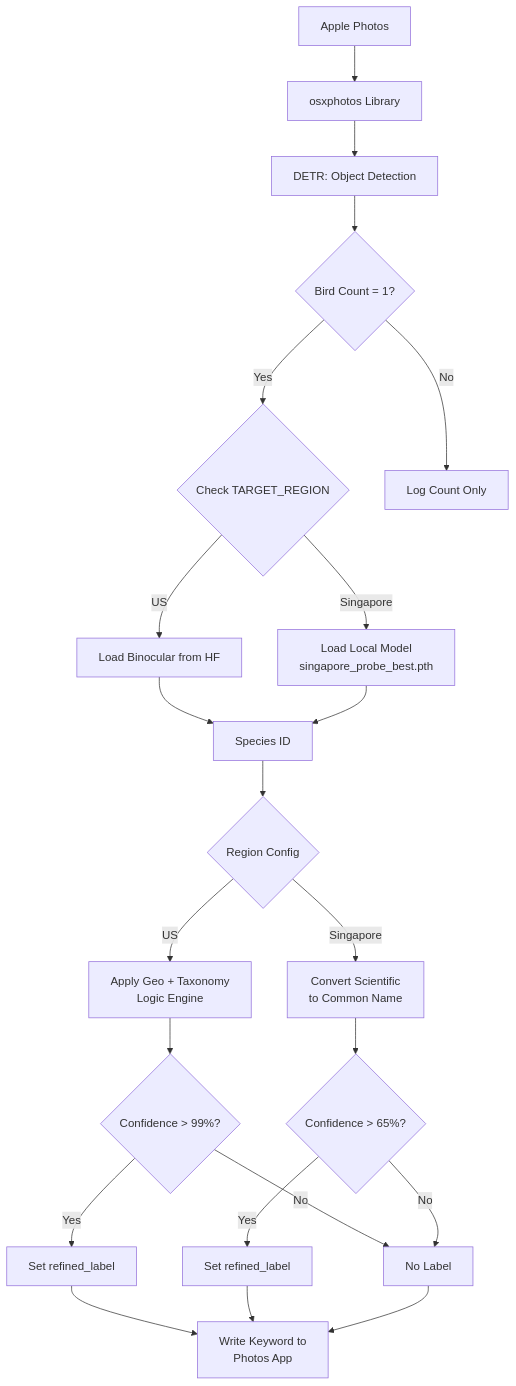
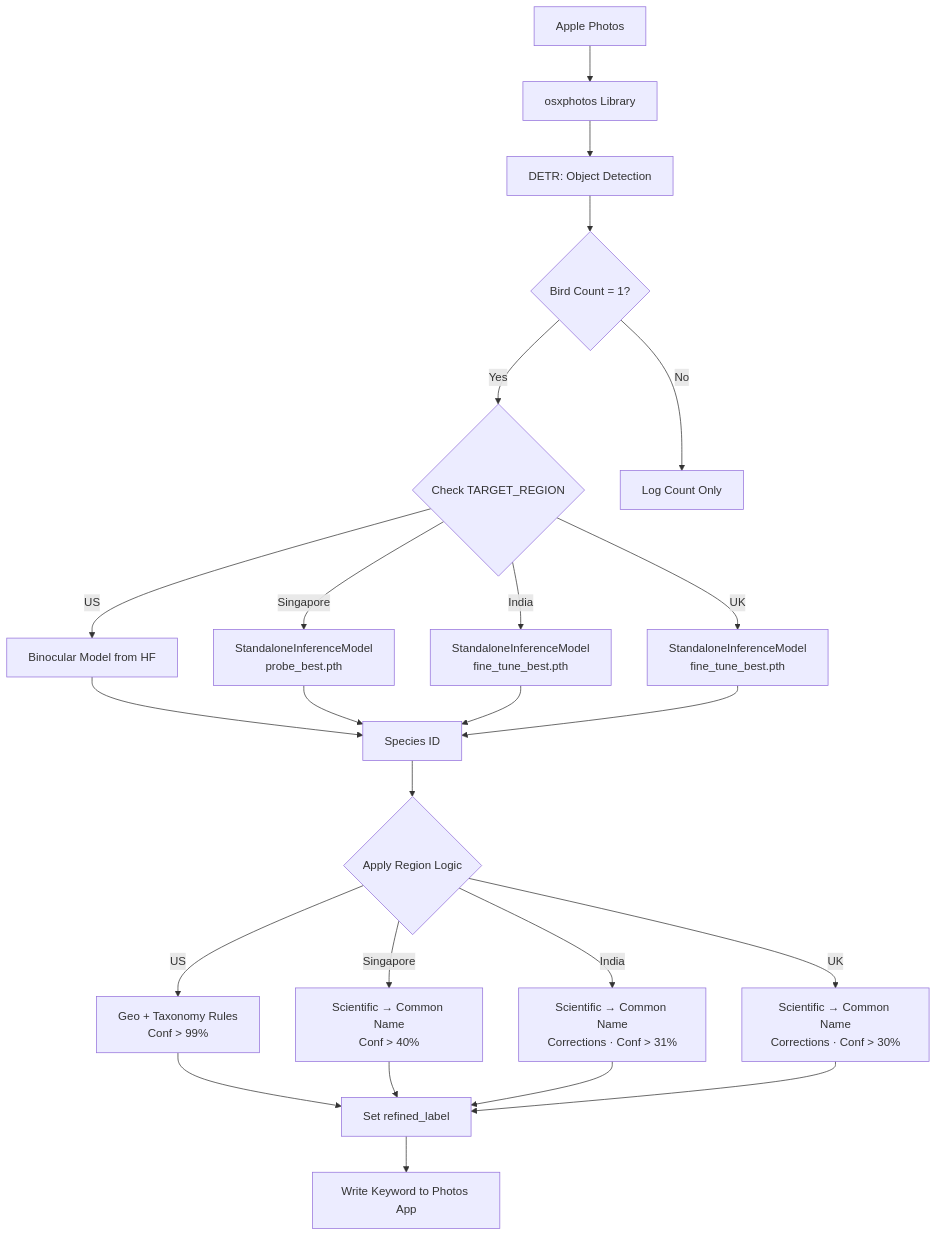
The diagram in README.md (subashini7/bird-intelligence), drawn with Mermaid before and after one commit. The commit also changed other lines of this file, not shown here.

````diff
--- a/README.md
+++ b/README.md
@@ -37,24 +68,26 @@
 ```mermaid
 graph TD
     A[Apple Photos] --> B[osxphotos Library]
     B --> C[DETR: Object Detection]
     C --> D{Bird Count = 1?}
     D -- Yes --> E{Check TARGET_REGION}
     D -- No --> I[Log Count Only]
-    E -- US --> F1[Load Binocular from HF]
-    E -- Singapore --> F2[Load Local Model<br/>singapore_probe_best.pth]
-    F1 --> G1[Species ID]
-    F2 --> G1
-    G1 --> H{Region Config}
-    H -- US --> J1[Apply Geo + Taxonomy<br/>Logic Engine]
-    H -- Singapore --> J2[Convert Scientific<br/>to Common Name]
-    J1 --> K1{Confidence > 99%?}
-    J2 --> K2{Confidence > 65%?}
-    K1 -- Yes --> L1[Set refined_label]
-    K2 -- Yes --> L2[Set refined_label]
-    K1 -- No --> L3[No Label]
-    K2 -- No --> L3
-    L1 --> M[Write Keyword to<br/>Photos App]
-    L2 --> M
-    L3 --> M
+    E -- US --> F1[Binocular Model from HF]
+    E -- Singapore --> F2[StandaloneInferenceModel<br/>probe_best.pth]
+    E -- India --> F3[StandaloneInferenceModel<br/>fine_tune_best.pth]
+    E -- UK --> F4[StandaloneInferenceModel<br/>fine_tune_best.pth]
+    F1 --> G[Species ID]
+    F2 --> G
+    F3 --> G
+    F4 --> G
+    G --> H{Apply Region Logic}
+    H -- US --> J1[Geo + Taxonomy Rules<br/>Conf > 99%]
+    H -- Singapore --> J2[Scientific → Common Name<br/>Conf > 40%]
+    H -- India --> J3[Scientific → Common Name<br/>Corrections · Conf > 31%]
+    H -- UK --> J4[Scientific → Common Name<br/>Corrections · Conf > 30%]
+    J1 --> K[Set refined_label]
+    J2 --> K
+    J3 --> K
+    J4 --> K
+    K --> M[Write Keyword to Photos App]
 ```
````
